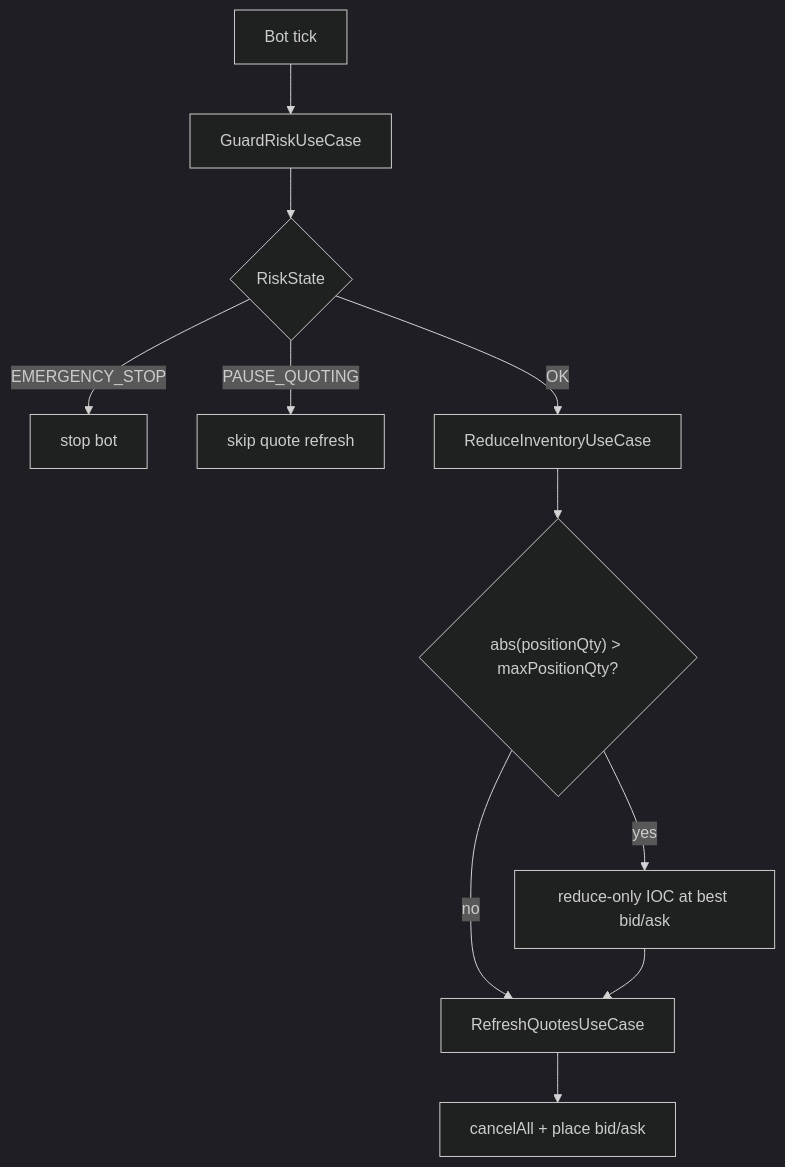
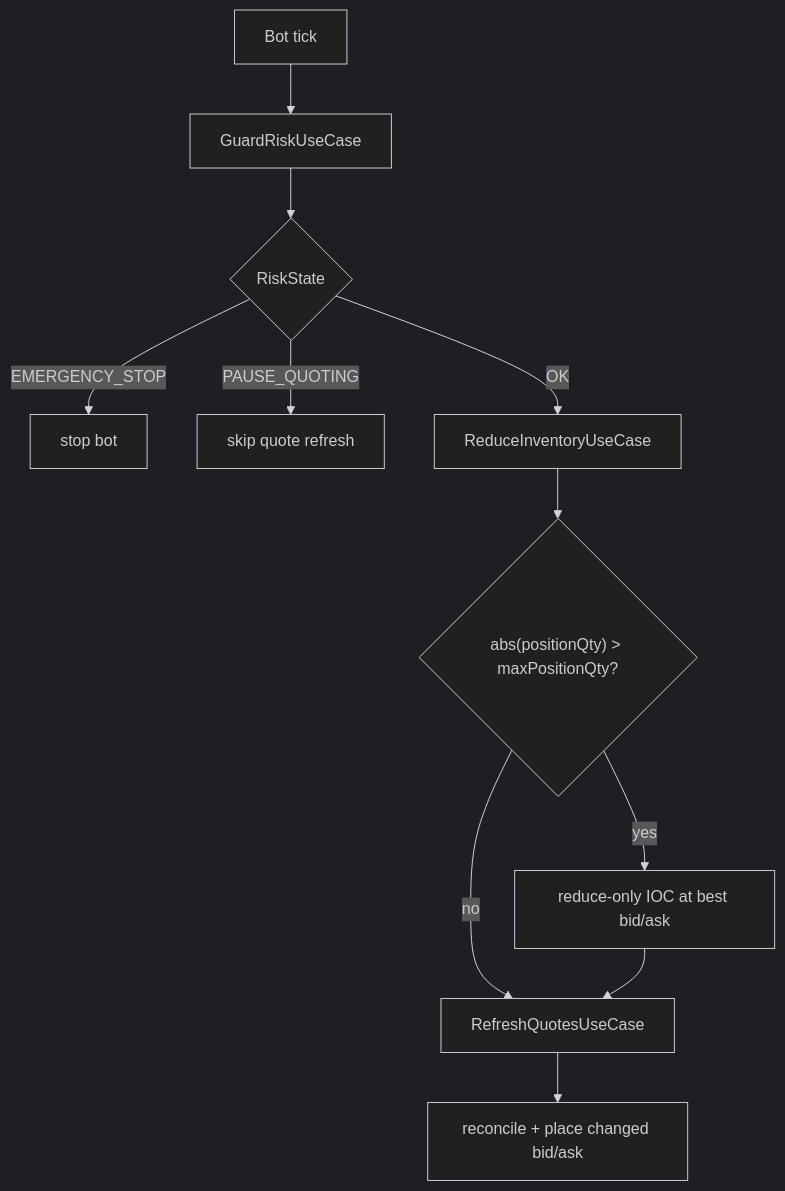
One commit to posaune0423/simple-mm-bot changed the sixth of 7 diagrams in docs/storategy/README.md. Above: the diagram before and after it, drawn with Mermaid (dark theme). The commit also changed other lines of this file and 58 other files, not shown here.

````diff
--- a/docs/storategy/README.md
+++ b/docs/storategy/README.md
@@ -229,13 +230,13 @@
 ```mermaid
 flowchart TD
   Tick["Bot tick"] --> Risk["GuardRiskUseCase"]
   Risk --> State{"RiskState"}
   State -->|EMERGENCY_STOP| Stop["stop bot"]
   State -->|PAUSE_QUOTING| Skip["skip quote refresh"]
   State -->|OK| Reduce["ReduceInventoryUseCase"]
   Reduce --> Need{"abs(positionQty) > maxPositionQty?"}
   Need -->|yes| IOC["reduce-only IOC at best bid/ask"]
   Need -->|no| Refresh["RefreshQuotesUseCase"]
   IOC --> Refresh
-  Refresh --> Orders["cancelAll + place bid/ask"]
+  Refresh --> Orders["reconcile + place changed bid/ask"]
 ```
````
